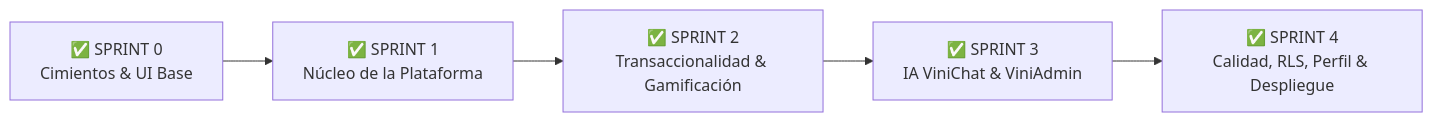
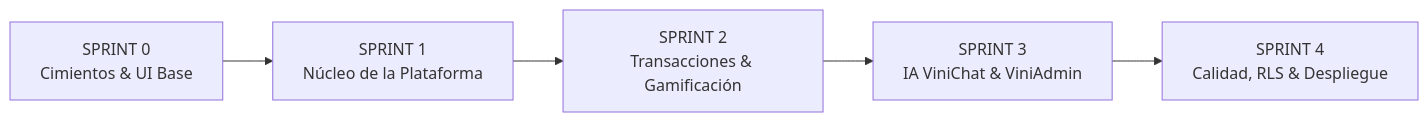
One commit to sergiam071105-ai/Vini-Games changed the first of 2 diagrams in README.md. Above: the diagram before and after it, drawn with Mermaid. The commit also changed other lines of this file, not shown here.

Commit message:
docs: corregir sintaxis de diagramas Mermaid para renderizado perfecto en GitHub

````diff
--- a/README.md
+++ b/README.md
@@ -12,4 +12,7 @@
 ```mermaid
 flowchart LR
-    S0["✅ SPRINT 0\nCimientos & UI Base"] --> S1["✅ SPRINT 1\nNúcleo de la Plataforma"] --> S2["✅ SPRINT 2\nTransaccionalidad & Gamificación"] --> S3["✅ SPRINT 3\nIA ViniChat & ViniAdmin"] --> S4["✅ SPRINT 4\nCalidad, RLS, Perfil & Despliegue"]
+    S0["SPRINT 0<br/>Cimientos & UI Base"] --> S1["SPRINT 1<br/>Núcleo de la Plataforma"]
+    S1 --> S2["SPRINT 2<br/>Transacciones & Gamificación"]
+    S2 --> S3["SPRINT 3<br/>IA ViniChat & ViniAdmin"]
+    S3 --> S4["SPRINT 4<br/>Calidad, RLS & Despliegue"]
 ```
````
